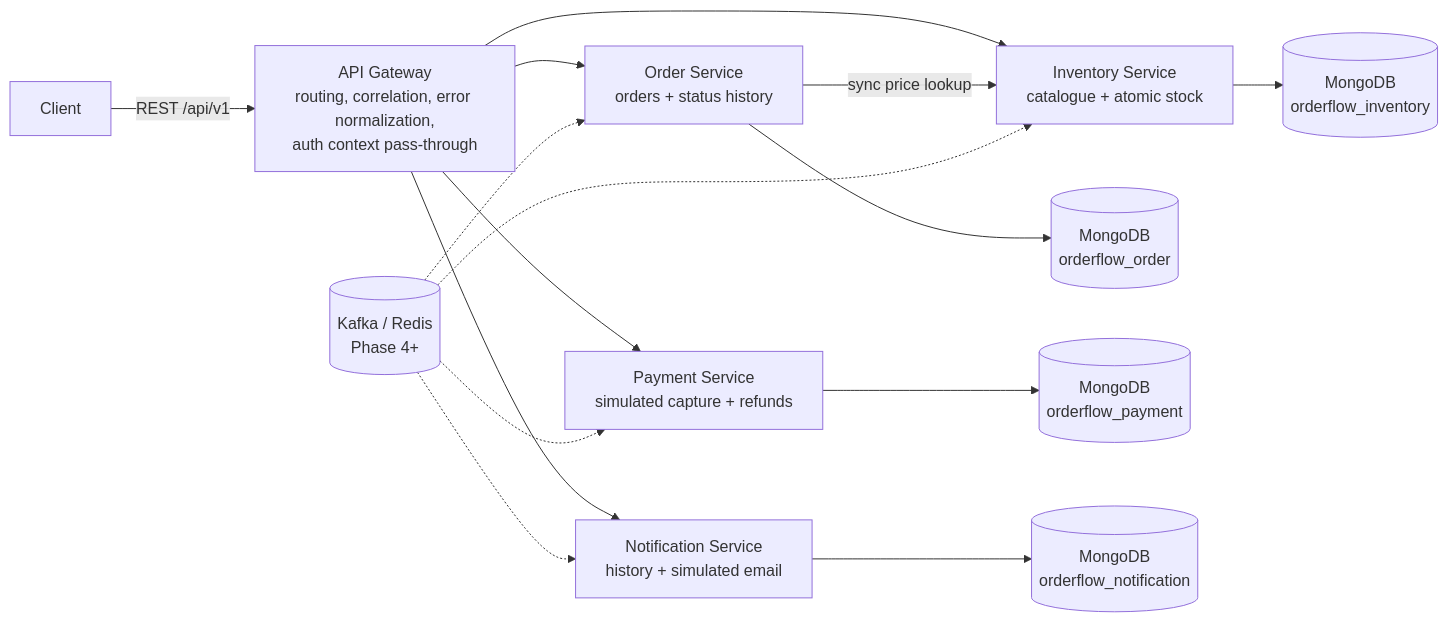
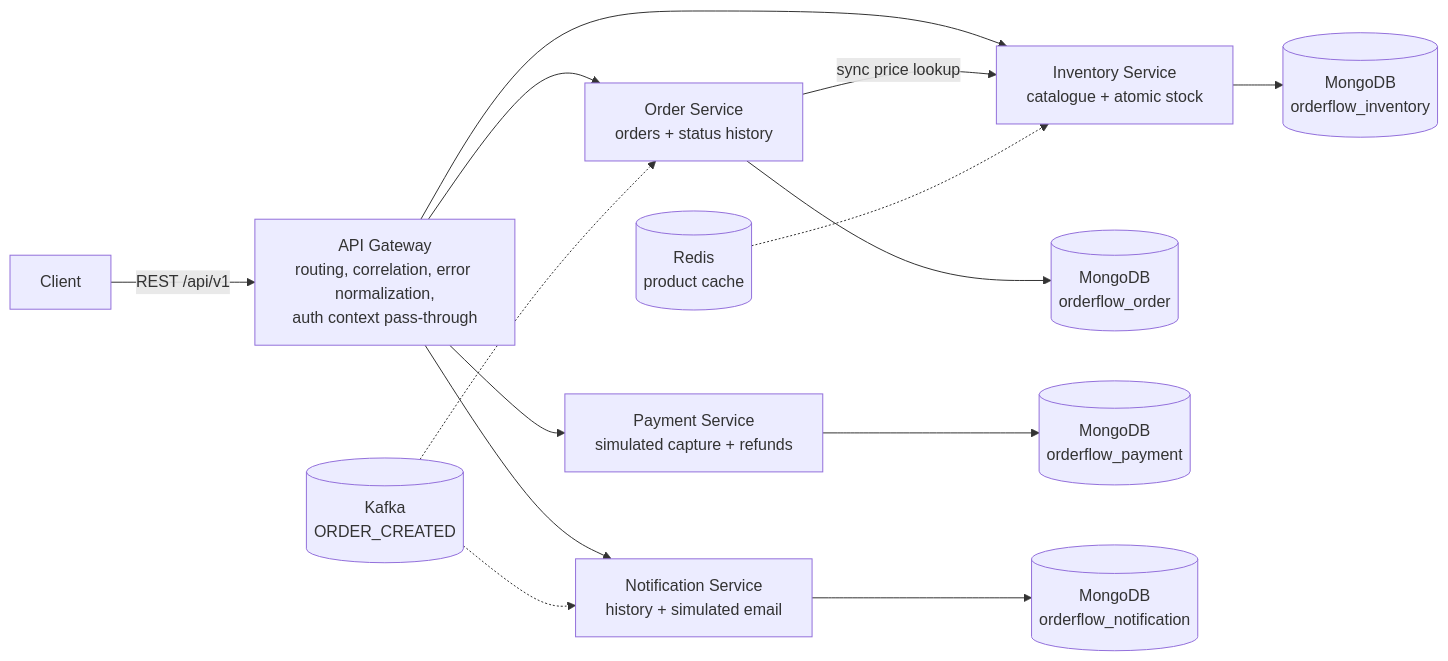
The first of 2 diagrams in README.md (kashyap801/orderflow), drawn with Mermaid before and after one commit. The commit also changed other lines of this file and 8 other files, not shown here.

Commit message:
docs: add simple architecture guide and scope advanced features

````diff
--- a/README.md
+++ b/README.md
@@ -45,17 +47,16 @@
 ```mermaid
 flowchart LR
   C["Client"] -->|"REST /api/v1"| GW["API Gateway<br/>routing, correlation, error normalization,<br/>auth context pass-through"]
   GW --> OS["Order Service<br/>orders + status history"]
   GW --> IS["Inventory Service<br/>catalogue + atomic stock"]
   GW --> PS["Payment Service<br/>simulated capture + refunds"]
   GW --> NS["Notification Service<br/>history + simulated email"]
   OS -->|"sync price lookup"| IS
   OS --> OD[("MongoDB<br/>orderflow_order")]
   IS --> ID[("MongoDB<br/>orderflow_inventory")]
   PS --> PD[("MongoDB<br/>orderflow_payment")]
   NS --> ND[("MongoDB<br/>orderflow_notification")]
-  K[("Kafka / Redis<br/>Phase 4+")] -.-> OS
-  K -.-> IS
-  K -.-> PS
+  R[("Redis<br/>product cache")] -.-> IS
+  K[("Kafka<br/>ORDER_CREATED")] -.-> OS
   K -.-> NS
 ```
````
